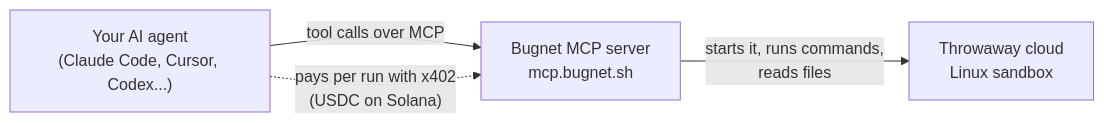
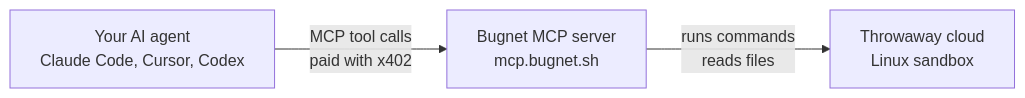
The diagram in README.md (bugnet-sh/bugnet), drawn with Mermaid before and after one commit.

Commit message:
docs: a README diagram that renders on GitHub without clipped or wrapped labels

````diff
--- a/README.md
+++ b/README.md
@@ -45,9 +45,9 @@
 ```mermaid
+%%{init: {"flowchart": {"wrappingWidth": 400, "rankSpacing": 70}}}%%
 flowchart LR
-    agent["Your AI agent<br/>(Claude Code, Cursor, Codex...)"]
+    agent["Your AI agent<br/>Claude Code, Cursor, Codex"]
     mcp["Bugnet MCP server<br/>mcp.bugnet.sh"]
     box["Throwaway cloud<br/>Linux sandbox"]
-    agent -->|"tool calls over MCP"| mcp
-    agent -.->|"pays per run with x402<br/>(USDC on Solana)"| mcp
-    mcp -->|"starts it, runs commands,<br/>reads files"| box
+    agent -->|"MCP tool calls<br/>paid with x402"| mcp
+    mcp -->|"runs commands<br/>reads files"| box
 ```
````
